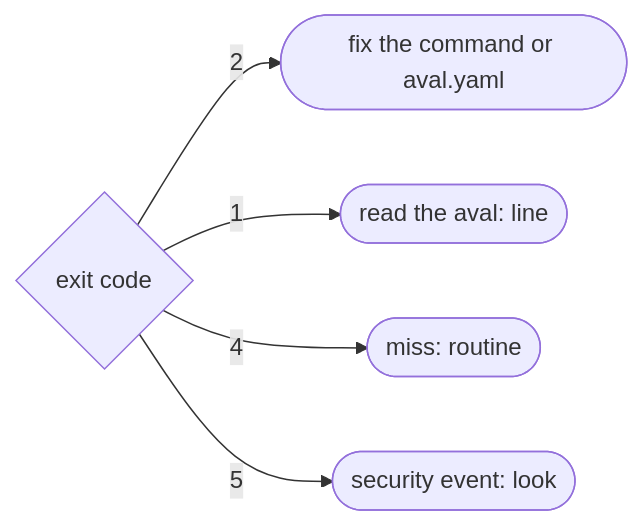
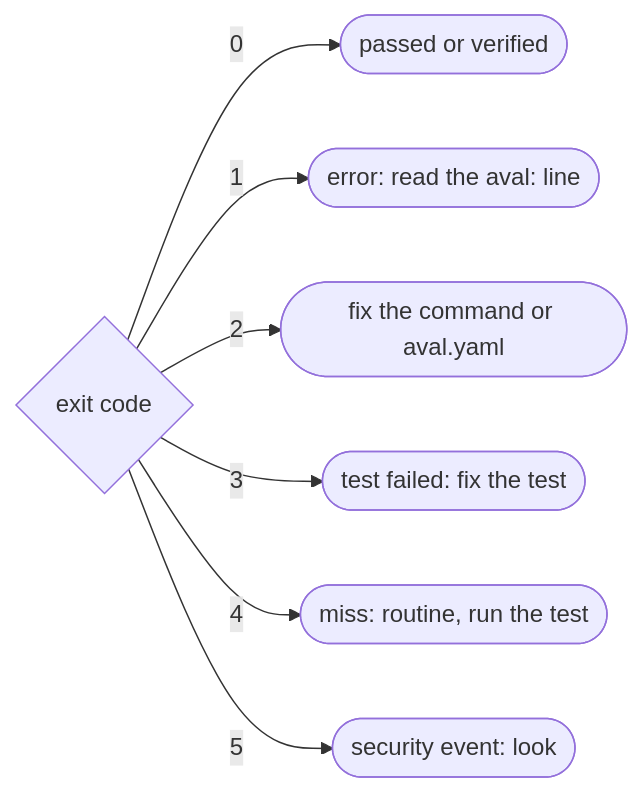
One commit to TrianaLab/aval changed the diagram in docs/guides/troubleshooting.md. Above: the diagram before and after it, drawn with Mermaid. The commit also changed other lines of this file and 1 other file, not shown here.

First line of the commit message:
docs: troubleshooting covers every miss, verification and validation reason; guide checks normalise fence languages

````diff
--- a/docs/guides/troubleshooting.md
+++ b/docs/guides/troubleshooting.md
@@ -5,7 +5,9 @@
 ```mermaid
 flowchart LR
-  code{exit code} -- 2 --> u([fix the command or aval.yaml])
-  code -- 1 --> e([read the aval: line]):::warn
-  code -- 4 --> m([miss: routine]):::muted
+  code{exit code} -- 0 --> ok([passed or verified]):::ok
+  code -- 1 --> e([error: read the aval: line]):::warn
+  code -- 2 --> u([fix the command or aval.yaml]):::warn
+  code -- 3 --> f([test failed: fix the test]):::warn
+  code -- 4 --> m([miss: routine, run the test]):::muted
   code -- 5 --> s([security event: look]):::err
 ```
````
